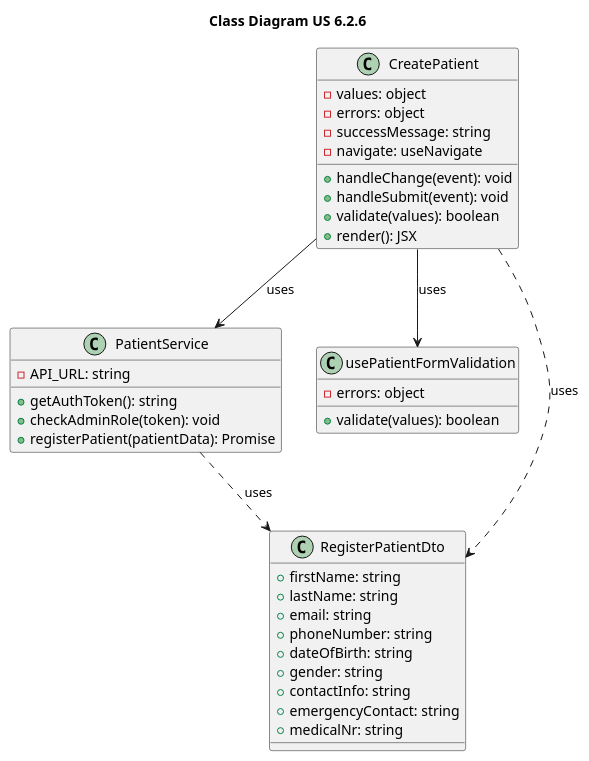
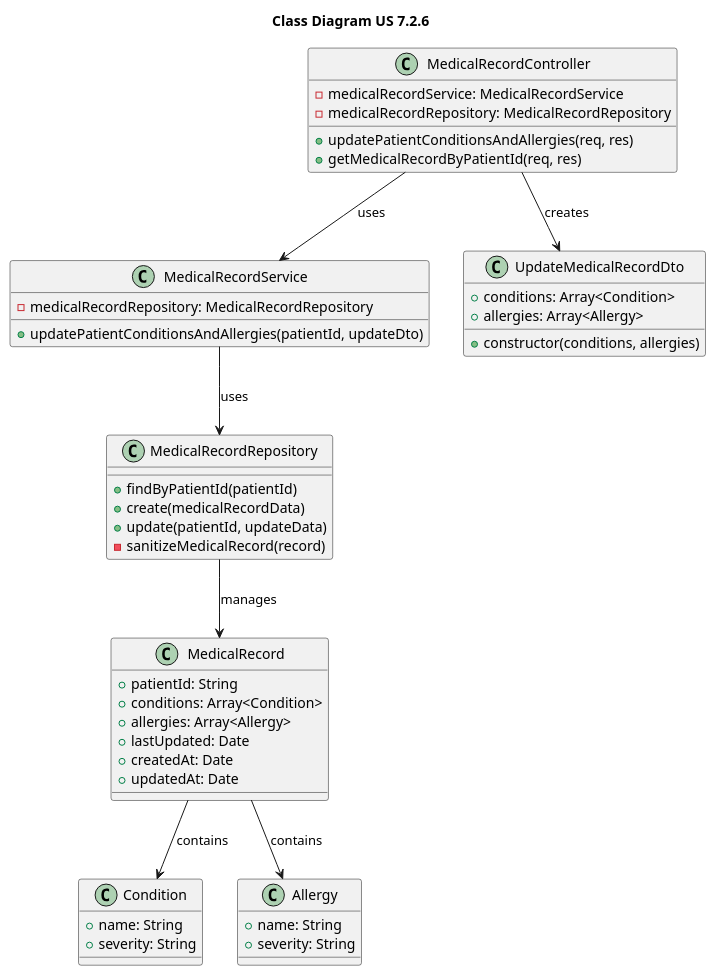
The diagram in docs/Sprint2/US 6.2.6/CD.puml (HugBar/3DC_G17), drawn with PlantUML before and after one commit. The commit also changed 9 other files, not shown here.

```diff
--- a/docs/Sprint2/US 6.2.6/CD.puml
+++ b/docs/Sprint2/US 6.2.6/CD.puml
@@ -1,44 +1,55 @@
 @startuml namespace class Diagram 
-title "Class Diagram US 6.2.6"
+title "Class Diagram US 7.2.6"
 
-class CreatePatient {
-    -values: object
-    -errors: object
-    -successMessage: string
-    -navigate: useNavigate
-    +handleChange(event): void
-    +handleSubmit(event): void
-    +validate(values): boolean
-    +render(): JSX
+class MedicalRecordController {
+    -medicalRecordService: MedicalRecordService
+    -medicalRecordRepository: MedicalRecordRepository
+    +updatePatientConditionsAndAllergies(req, res)
+    +getMedicalRecordByPatientId(req, res)
 }
 
-class PatientService {
-    -API_URL: string
-    +getAuthToken(): string
-    +checkAdminRole(token): void
-    +registerPatient(patientData): Promise
+class MedicalRecordService {
+    -medicalRecordRepository: MedicalRecordRepository
+    +updatePatientConditionsAndAllergies(patientId, updateDto)
 }
 
-class usePatientFormValidation {
-    -errors: object
-    +validate(values): boolean
+class MedicalRecordRepository {
+    +findByPatientId(patientId)
+    +create(medicalRecordData)
+    +update(patientId, updateData)
+    -sanitizeMedicalRecord(record)
 }
 
-class RegisterPatientDto {
-    +firstName: string
-    +lastName: string
-    +email: string
-    +phoneNumber: string
-    +dateOfBirth: string
-    +gender: string
-    +contactInfo: string
-    +emergencyContact: string
-    +medicalNr: string
+class MedicalRecord {
+    +patientId: String
+    +conditions: Array<Condition>
+    +allergies: Array<Allergy>
+    +lastUpdated: Date
+    +createdAt: Date
+    +updatedAt: Date
 }
 
-CreatePatient --> PatientService : uses
-CreatePatient --> usePatientFormValidation : uses
-CreatePatient ..> RegisterPatientDto : uses
-PatientService ..> RegisterPatientDto : uses
+class UpdateMedicalRecordDto {
+    +conditions: Array<Condition>
+    +allergies: Array<Allergy>
+    +constructor(conditions, allergies)
+}
+
+class Condition {
+    +name: String
+    +severity: String
+}
+
+class Allergy {
+    +name: String
+    +severity: String
+}
+
+MedicalRecordController --> MedicalRecordService : uses
+MedicalRecordController --> UpdateMedicalRecordDto : creates
+MedicalRecordService --> MedicalRecordRepository : uses
+MedicalRecordRepository --> MedicalRecord : manages
+MedicalRecord --> Condition : contains
+MedicalRecord --> Allergy : contains
 
 @enduml
```
